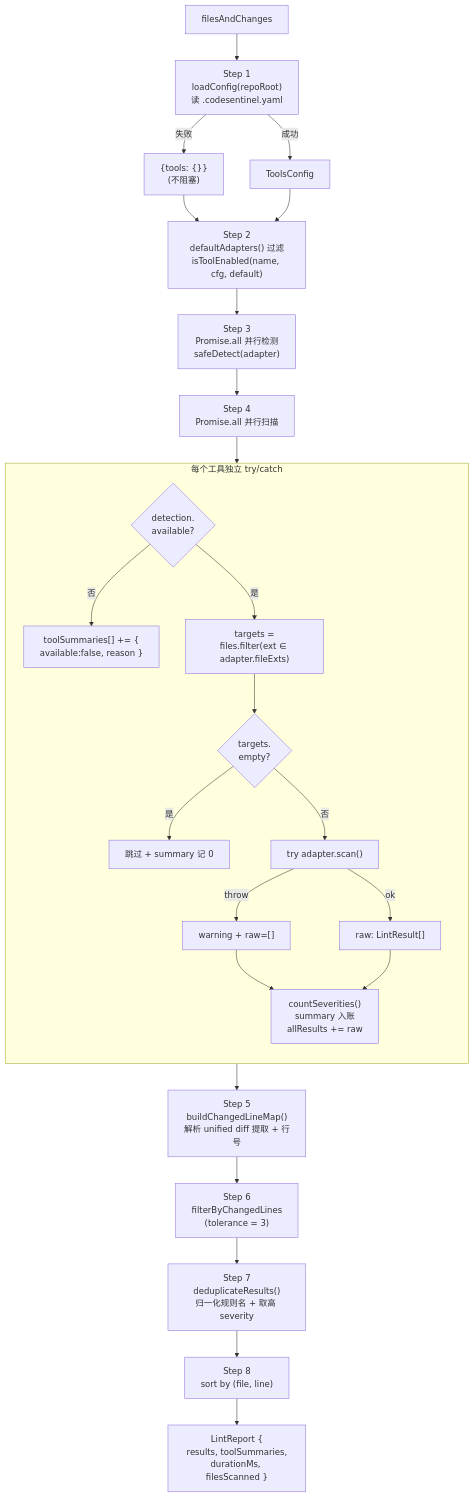
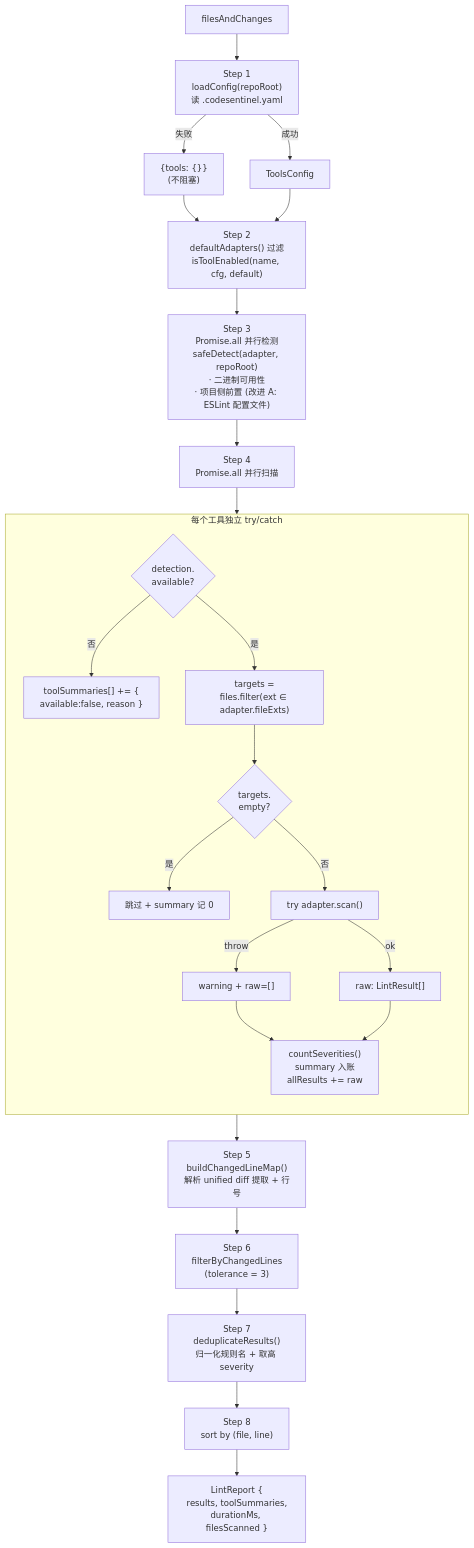
One commit to CodesSentinels/ai-reviewer changed the fourth of 8 diagrams in docs/07-linter-sast-architecture.md. Above: the diagram before and after it, drawn with Mermaid. The commit also changed other lines of this file and 8 other files, not shown here.

````diff
--- a/docs/07-linter-sast-architecture.md
+++ b/docs/07-linter-sast-architecture.md
@@ -287,34 +288,34 @@
 ```mermaid
 flowchart TD
   IN["filesAndChanges"] --> S1["Step 1<br/>loadConfig(repoRoot)<br/>读 .codesentinel.yaml"]
   S1 -->|"失败"| S1F["{tools: {}}<br/>(不阻塞)"]
   S1 -->|"成功"| S1OK["ToolsConfig"]
   S1F --> S2
   S1OK --> S2
 
   S2["Step 2<br/>defaultAdapters() 过滤<br/>isToolEnabled(name, cfg, default)"]
-  S2 --> S3["Step 3<br/>Promise.all 并行检测<br/>safeDetect(adapter)"]
+  S2 --> S3["Step 3<br/>Promise.all 并行检测<br/>safeDetect(adapter, repoRoot)<br/>· 二进制可用性<br/>· 项目侧前置 (改进 A: ESLint 配置文件)"]
 
   S3 --> S4["Step 4<br/>Promise.all 并行扫描"]
 
   subgraph PerTool["每个工具独立 try/catch"]
     direction TB
     T1{"detection.<br/>available?"}
     T1 -->|否| T2["toolSummaries[] += {<br/>available:false, reason }"]
     T1 -->|是| T3["targets =<br/>files.filter(ext ∈ adapter.fileExts)"]
     T3 --> T4{"targets.<br/>empty?"}
     T4 -->|是| T5["跳过 + summary 记 0"]
     T4 -->|否| T6["try adapter.scan()"]
     T6 -->|"throw"| T7["warning + raw=[]"]
     T6 -->|"ok"| T8["raw: LintResult[]"]
     T7 --> T9["countSeverities()<br/>summary 入账<br/>allResults += raw"]
     T8 --> T9
   end
 
   S4 --> PerTool
   PerTool --> S5["Step 5<br/>buildChangedLineMap()<br/>解析 unified diff 提取 + 行号"]
   S5 --> S6["Step 6<br/>filterByChangedLines<br/>(tolerance = 3)"]
   S6 --> S7["Step 7<br/>deduplicateResults()<br/>归一化规则名 + 取高 severity"]
   S7 --> S8["Step 8<br/>sort by (file, line)"]
   S8 --> OUT["LintReport {<br/>results, toolSummaries,<br/>durationMs, filesScanned }"]
 ```
````
